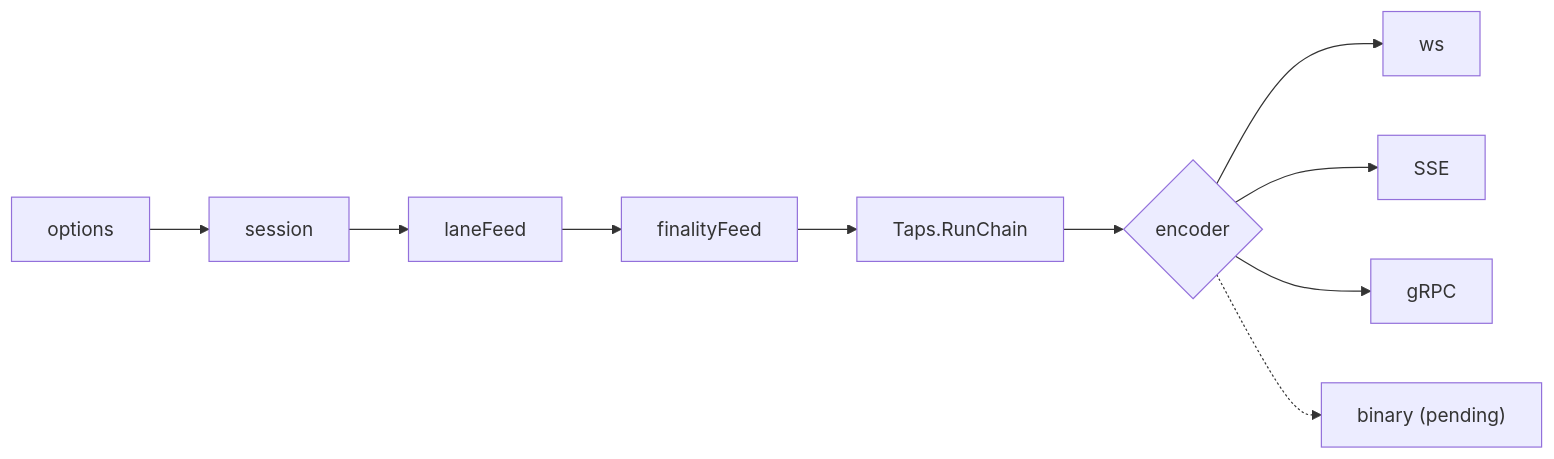
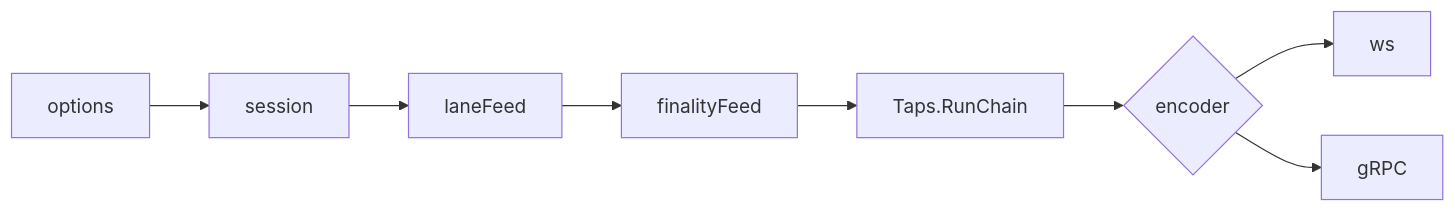
Before and after one commit to erpc/erpc: the diagram in specs/streams/feature.md, drawn with Mermaid. The commit also changed other lines of this file and 1 other file, not shown here.

Commit message:
docs(specs): streams over ws and gRPC only; drop SSE, tune gRPC

````diff
--- a/specs/streams/feature.md
+++ b/specs/streams/feature.md
@@ -36,12 +38,10 @@
 ```mermaid
 flowchart LR
   O["options"] --> S["session"]
   S --> L["laneFeed"]
   L --> F["finalityFeed"]
   F --> T["Taps.RunChain"]
   T --> E{"encoder"}
   E --> WS["ws"]
-  E --> SSE["SSE"]
   E --> G["gRPC"]
-  E -.-> Q["binary (pending)"]
 ```
````
